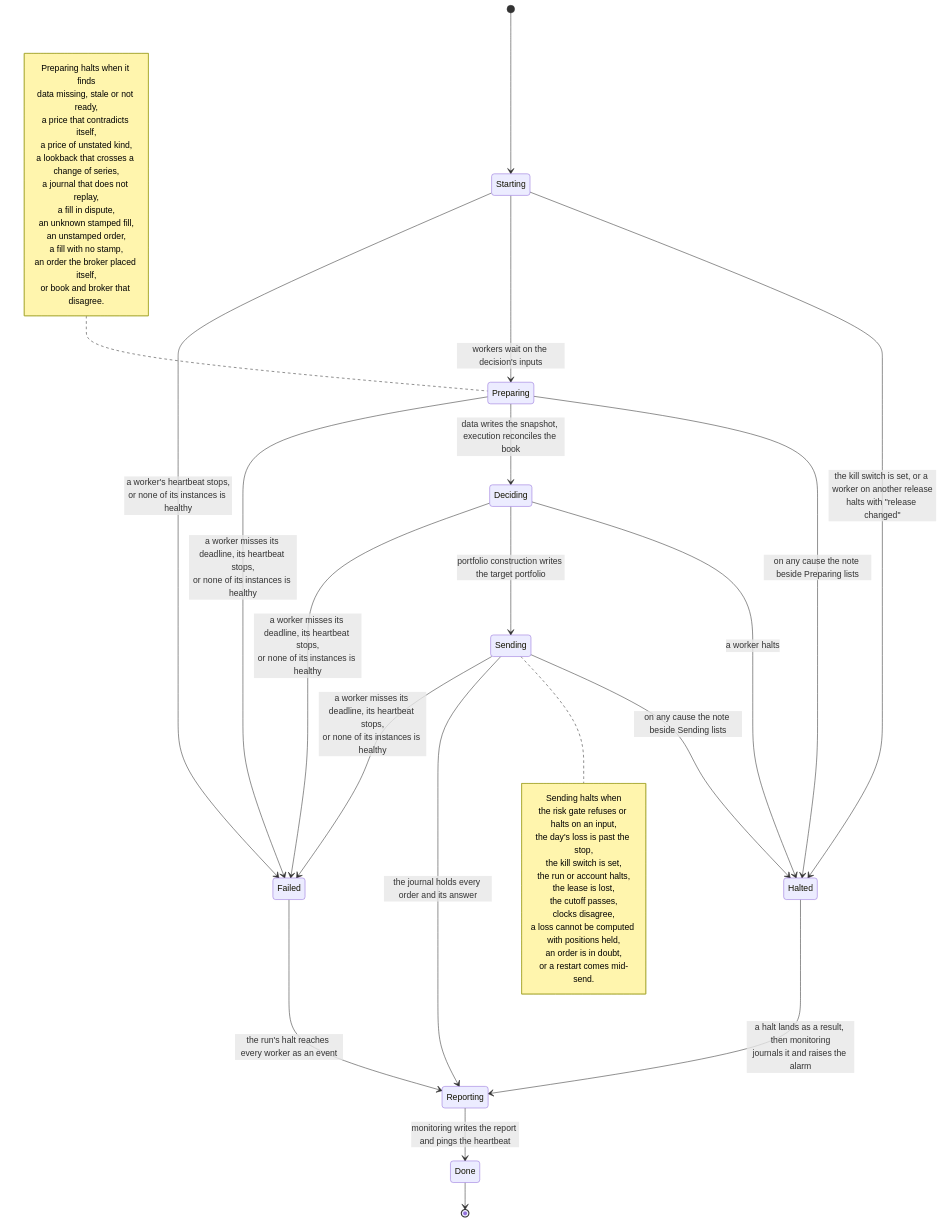
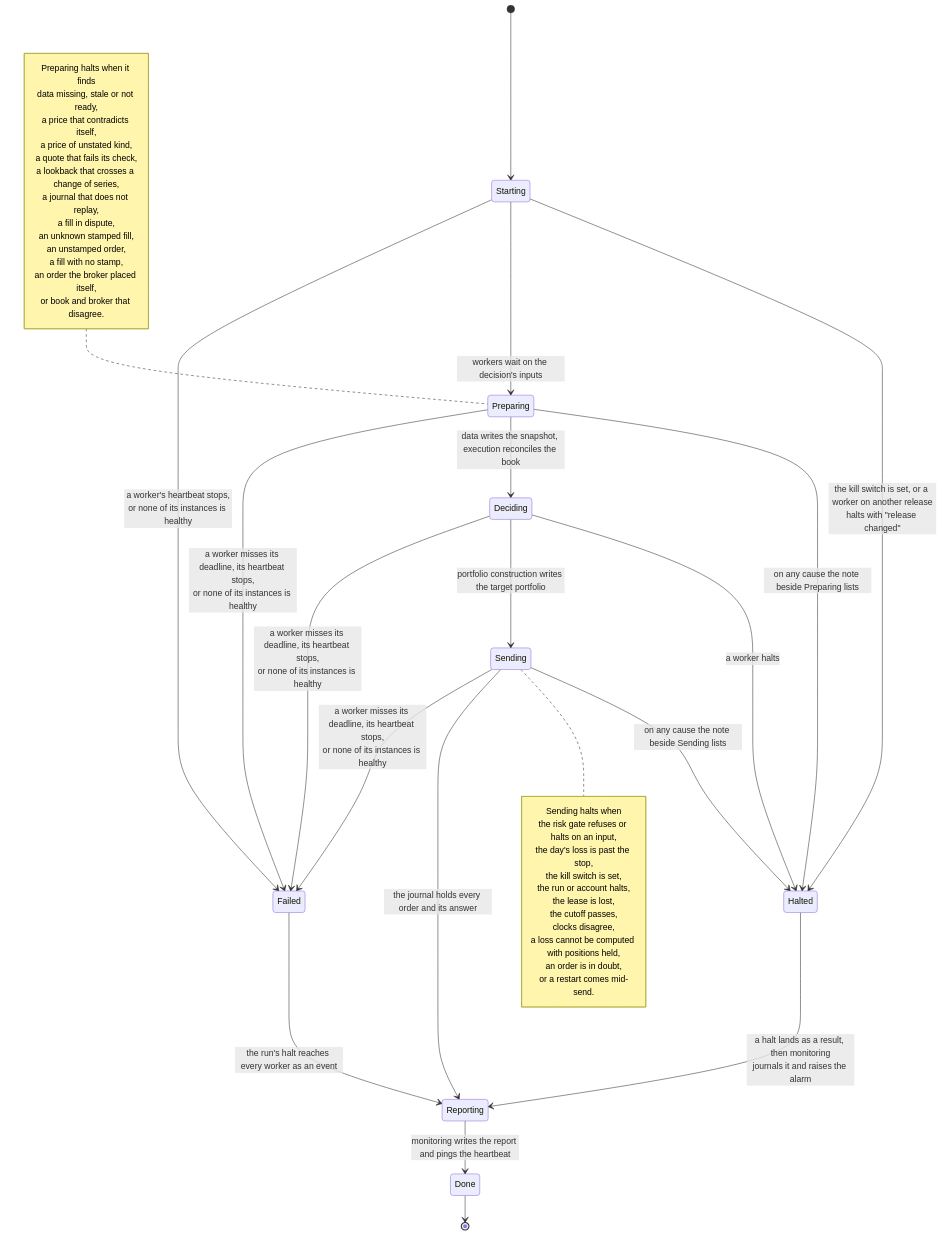
Before and after one commit to l3a0/ithildin-runtime: diagram 18 of 18 in docs/architecture/06-runtime.md, drawn with Mermaid. The commit also changed other lines of this file and 23 other files, not shown here.

````diff
--- a/docs/architecture/06-runtime.md
+++ b/docs/architecture/06-runtime.md
@@ -1197,47 +1197,48 @@
 ```mermaid
 stateDiagram-v2
     [*] --> Starting
     Starting --> Halted: the kill switch is set, or a worker on another release<br/>halts with "release changed"
     Starting --> Preparing: workers wait on the decision's inputs
     Preparing --> Halted: on any cause the note beside Preparing lists
     note left of Preparing
         Preparing halts when it finds
         data missing, stale or not ready,
         a price that contradicts itself,
         a price of unstated kind,
+        a quote that fails its check,
         a lookback that crosses a change of series,
         a journal that does not replay,
         a fill in dispute,
         an unknown stamped fill,
         an unstamped order,
         a fill with no stamp,
         an order the broker placed itself,
         or book and broker that disagree.
     end note
     Preparing --> Deciding: data writes the snapshot, execution reconciles the book
     Deciding --> Halted: a worker halts
     Deciding --> Sending: portfolio construction writes the target portfolio
     Sending --> Halted: on any cause the note beside Sending lists
     note right of Sending
         Sending halts when
         the risk gate refuses or halts on an input,
         the day's loss is past the stop,
         the kill switch is set,
         the run or account halts,
         the lease is lost,
         the cutoff passes,
         clocks disagree,
         a loss cannot be computed with positions held,
         an order is in doubt,
         or a restart comes mid-send.
     end note
     Sending --> Reporting: the journal holds every order and its answer
     Halted --> Reporting: a halt lands as a result, then monitoring<br/>journals it and raises the alarm
     Reporting --> Done: monitoring writes the report and pings the heartbeat
     Done --> [*]
     Starting --> Failed: a worker's heartbeat stops,<br/>or none of its instances is healthy
     Preparing --> Failed: a worker misses its deadline, its heartbeat stops,<br/>or none of its instances is healthy
     Deciding --> Failed: a worker misses its deadline, its heartbeat stops,<br/>or none of its instances is healthy
     Sending --> Failed: a worker misses its deadline, its heartbeat stops,<br/>or none of its instances is healthy
     Failed --> Reporting: the run's halt reaches every worker as an event
 ```
````
